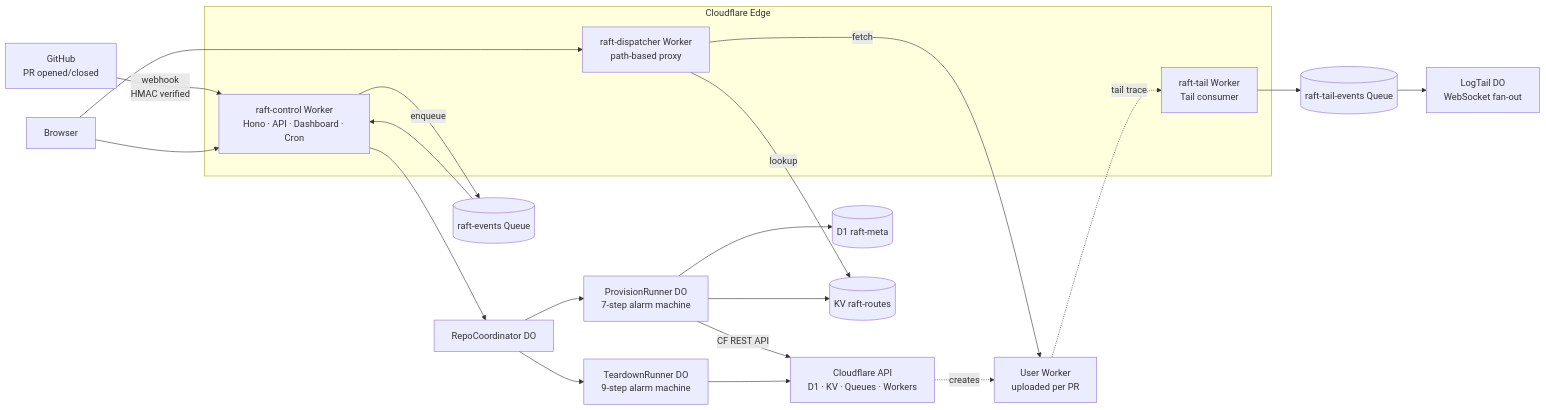
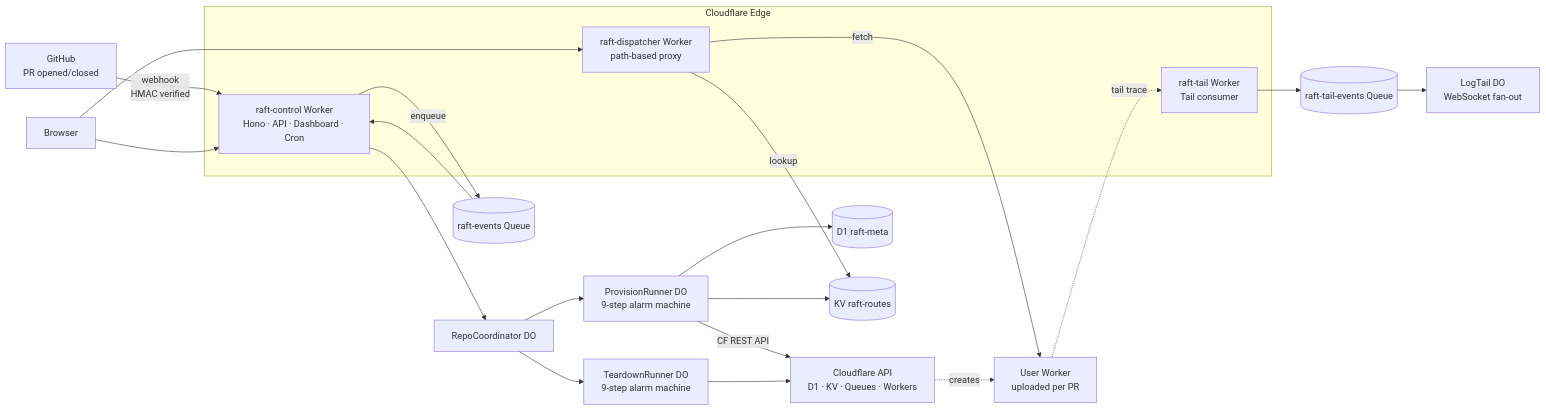
One commit to Adi-gitX/Rift changed the first of 3 diagrams in SUBMISSION.md. Above: the diagram before and after it, drawn with Mermaid. The commit also changed other lines of this file and 102 other files, not shown here.

````diff
--- a/SUBMISSION.md
+++ b/SUBMISSION.md
@@ -62,33 +62,33 @@
 ```mermaid
 flowchart LR
   GH[GitHub<br/>PR opened/closed]
   GH -->|webhook<br/>HMAC verified| CTL
 
   subgraph CFEdge[Cloudflare Edge]
     CTL[raft-control Worker<br/>Hono · API · Dashboard · Cron]
     DISP[raft-dispatcher Worker<br/>path-based proxy]
     TAIL[raft-tail Worker<br/>Tail consumer]
   end
 
   CTL -->|enqueue| EVQ[(raft-events Queue)]
   EVQ --> CTL
   CTL --> REPO[RepoCoordinator DO]
-  REPO --> PROV[ProvisionRunner DO<br/>7-step alarm machine]
+  REPO --> PROV[ProvisionRunner DO<br/>9-step alarm machine]
   REPO --> TEAR[TeardownRunner DO<br/>9-step alarm machine]
 
   PROV -->|CF REST API| CFR[Cloudflare API<br/>D1 · KV · Queues · Workers]
   TEAR --> CFR
   PROV --> META[(D1 raft-meta)]
   PROV --> ROUTES[(KV raft-routes)]
 
   USER[User Worker<br/>uploaded per PR]
   CFR -.creates.-> USER
   USER -.tail trace.-> TAIL
   TAIL --> TQ[(raft-tail-events Queue)]
   TQ --> LT[LogTail DO<br/>WebSocket fan-out]
 
   BR[Browser] --> CTL
   BR --> DISP
   DISP -->|lookup| ROUTES
   DISP -->|fetch| USER
 ```
````
